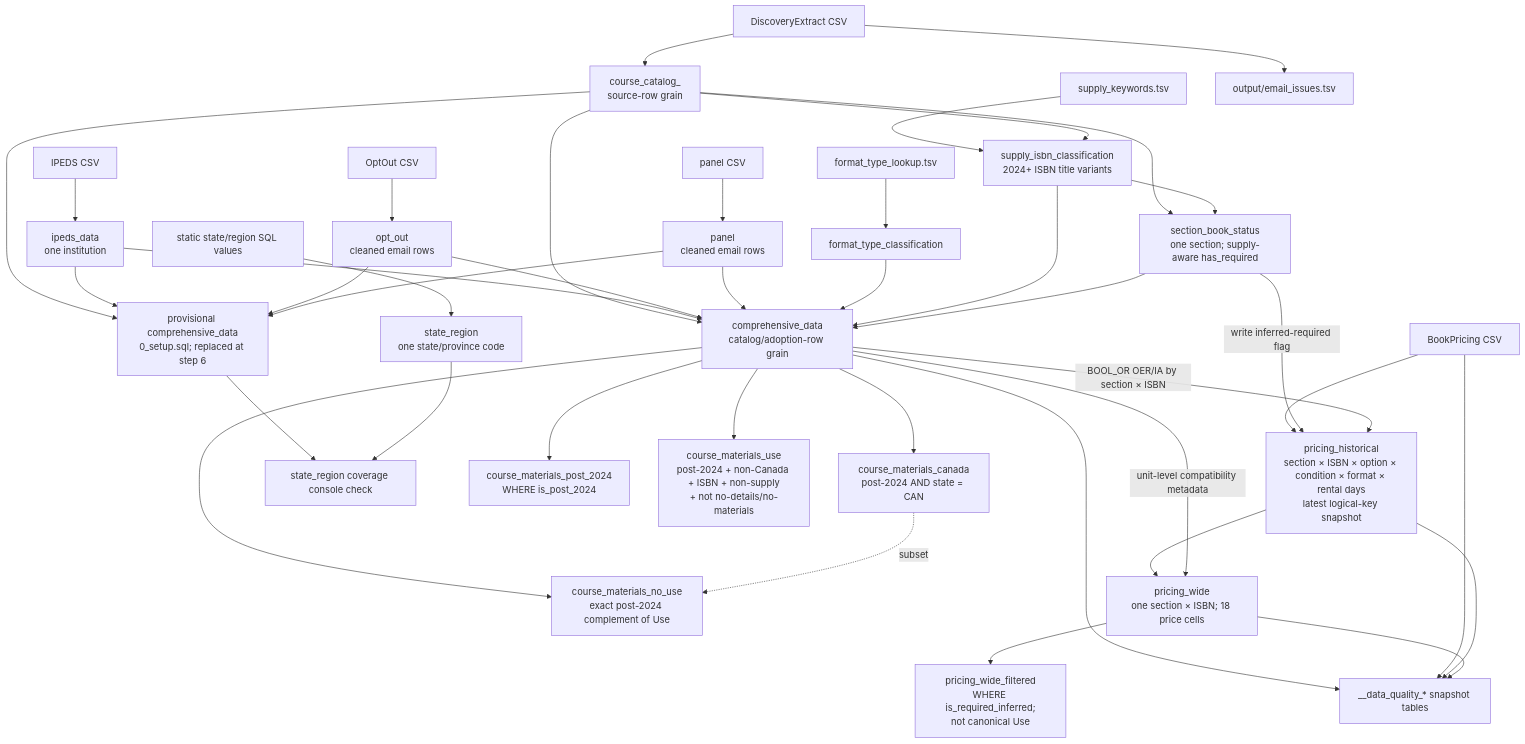
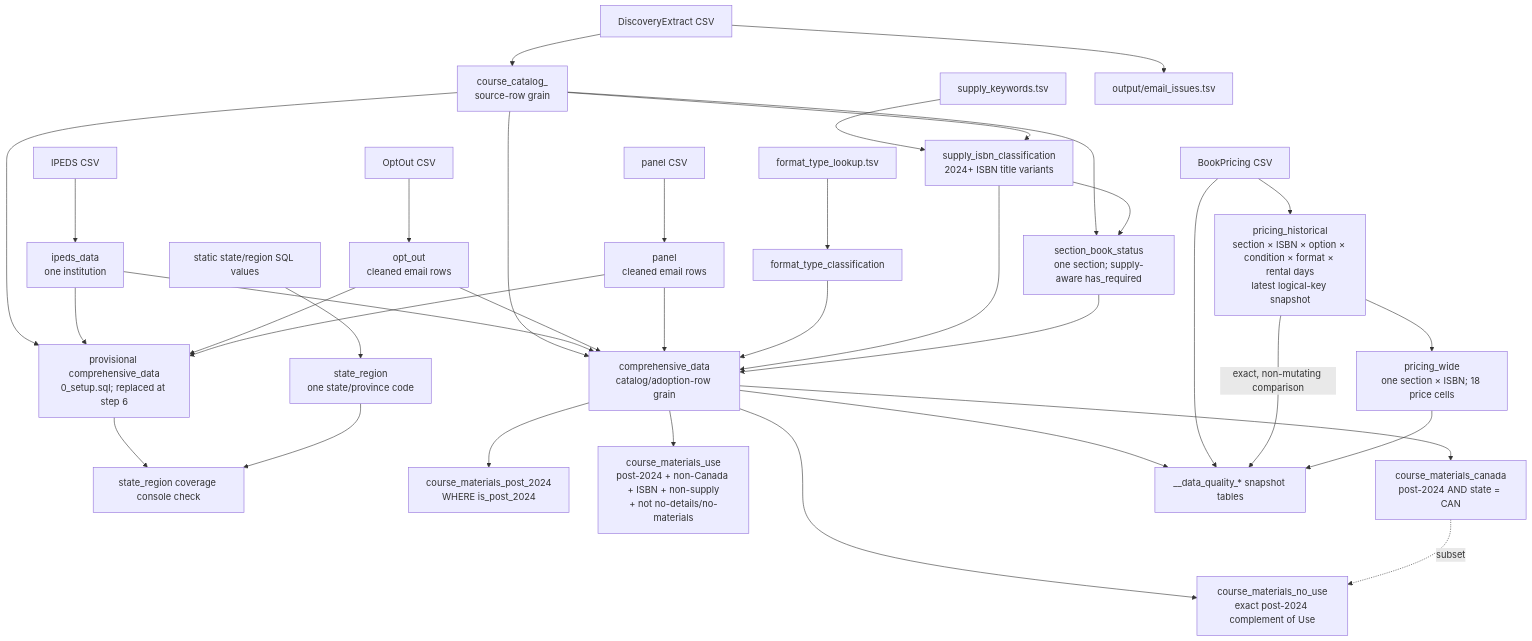
One commit to christopherseaman/commodoreSQL changed the second of 4 diagrams in SCHEMA.md. Above: the diagram before and after it, drawn with Mermaid. The commit also changed other lines of this file and 21 other files, not shown here.

````diff
--- a/SCHEMA.md
+++ b/SCHEMA.md
@@ -199,44 +197,39 @@
 ```mermaid
 flowchart TD
     catalog_csv["DiscoveryExtract CSV"] --> catalog["course_catalog_<date><br/>source-row grain"]
     ipeds_csv["IPEDS CSV"] --> ipeds["ipeds_data<br/>one institution"]
     optout_csv["OptOut CSV"] --> optout["opt_out<br/>cleaned email rows"]
     panel_csv["panel CSV"] --> panel["panel<br/>cleaned email rows"]
     pricing_csv["BookPricing CSV"] --> pricing["pricing_historical<br/>section × ISBN × option × condition × format × rental days<br/>latest logical-key snapshot"]
     format_tsv["format_type_lookup.tsv"] --> ftc["format_type_classification"]
     supply_tsv["supply_keywords.tsv"] --> supply["supply_isbn_classification<br/>2024+ ISBN title variants"]
     static_region["static state/region SQL values"] --> region["state_region<br/>one state/province code"]
     catalog_csv --> email_audit["output/email_issues.tsv"]
     catalog --> cd0["provisional comprehensive_data<br/>0_setup.sql; replaced at step 6"]
     ipeds --> cd0
     optout --> cd0
     panel --> cd0
     cd0 --> region_check["state_region coverage console check"]
     region --> region_check
     catalog --> supply
     catalog --> sbs["section_book_status<br/>one section; supply-aware has_required"]
     supply --> sbs
-    sbs -->|"write inferred-required flag"| pricing
-
     catalog --> cd["comprehensive_data<br/>catalog/adoption-row grain"]
     ipeds --> cd
     optout --> cd
     panel --> cd
     ftc --> cd
     supply --> cd
     sbs --> cd
 
     cd --> post24["course_materials_post_2024<br/>WHERE is_post_2024"]
     cd --> use["course_materials_use<br/>post-2024 + non-Canada + ISBN + non-supply<br/>+ not no-details/no-materials"]
     cd --> nouse["course_materials_no_use<br/>exact post-2024 complement of Use"]
     cd --> canada["course_materials_canada<br/>post-2024 AND state = CAN"]
     canada -. "subset" .-> nouse
-    cd -->|"BOOL_OR OER/IA by section × ISBN"| pricing
     pricing --> pw["pricing_wide<br/>one section × ISBN; 18 price cells"]
-    cd -->|"unit-level compatibility metadata"| pw
-    pw --> pwf["pricing_wide_filtered<br/>WHERE is_required_inferred;<br/>not canonical Use"]
     cd --> dq["__data_quality_* snapshot tables"]
     pricing_csv --> dq
-    pricing --> dq
+    pricing -->|"exact, non-mutating comparison"| dq
     pw --> dq
 ```
````
